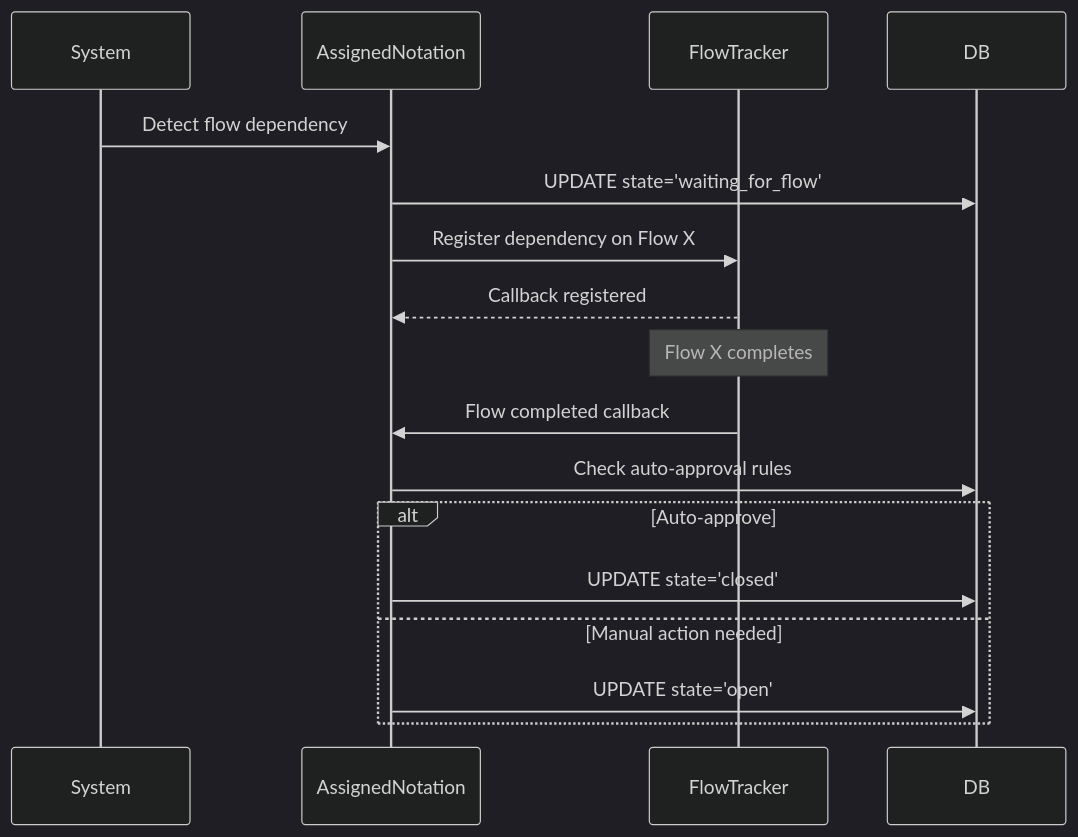
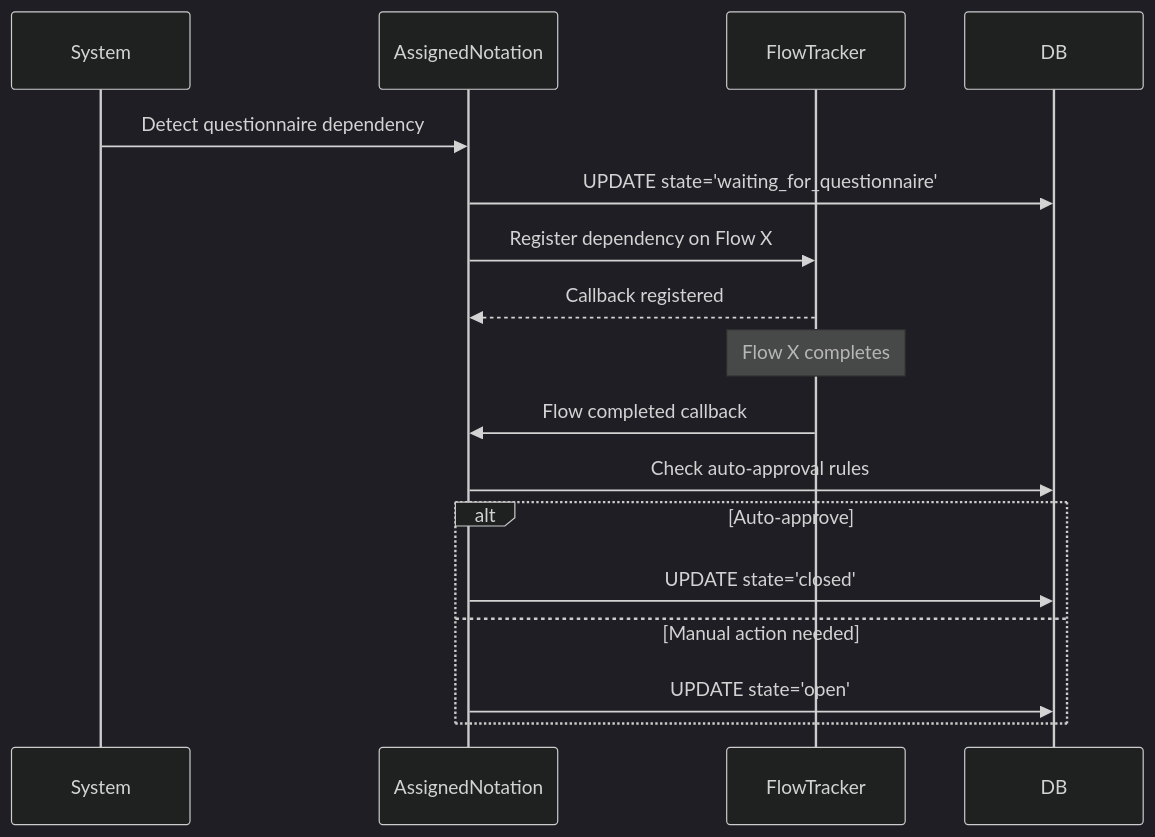
One commit to neon-law-foundation/Harness changed the fourth of 9 diagrams in ASSIGNED_NOTATION_STATE_MACHINE.md. Above: the diagram before and after it, drawn with Mermaid (dark theme). The commit also changed other lines of this file and 3 other files, not shown here.

First line of the commit message:
docs: update flow→questionnaire, alignment→workflow in docs and examples

````diff
--- a/ASSIGNED_NOTATION_STATE_MACHINE.md
+++ b/ASSIGNED_NOTATION_STATE_MACHINE.md
@@ -155,22 +155,22 @@
 ```mermaid
 sequenceDiagram
     participant System
     participant AssignedNotation
     participant FlowTracker
     participant DB
 
-    System->>AssignedNotation: Detect flow dependency
-    AssignedNotation->>DB: UPDATE state='waiting_for_flow'
+    System->>AssignedNotation: Detect questionnaire dependency
+    AssignedNotation->>DB: UPDATE state='waiting_for_questionnaire'
     AssignedNotation->>FlowTracker: Register dependency on Flow X
     FlowTracker-->>AssignedNotation: Callback registered
 
     Note over FlowTracker: Flow X completes
 
     FlowTracker->>AssignedNotation: Flow completed callback
     AssignedNotation->>DB: Check auto-approval rules
     alt Auto-approve
         AssignedNotation->>DB: UPDATE state='closed'
     else Manual action needed
         AssignedNotation->>DB: UPDATE state='open'
     end
 ```
````
